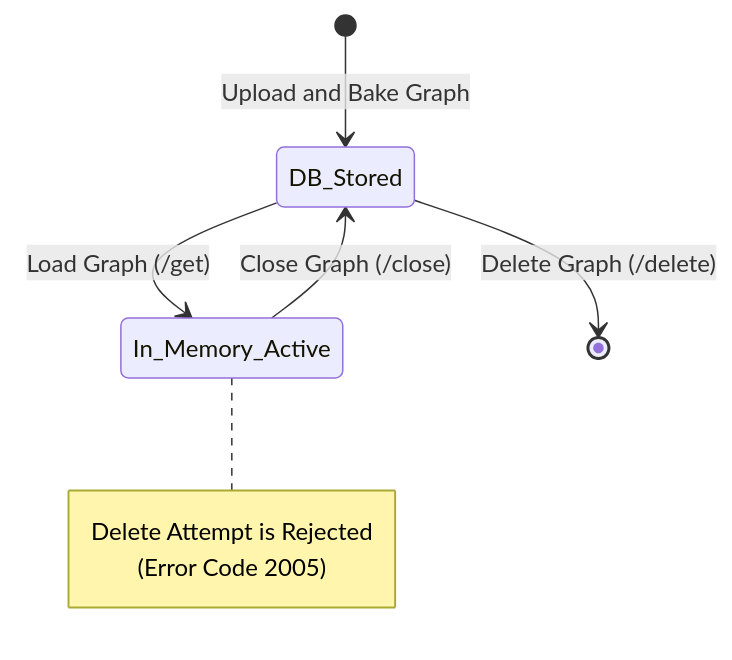
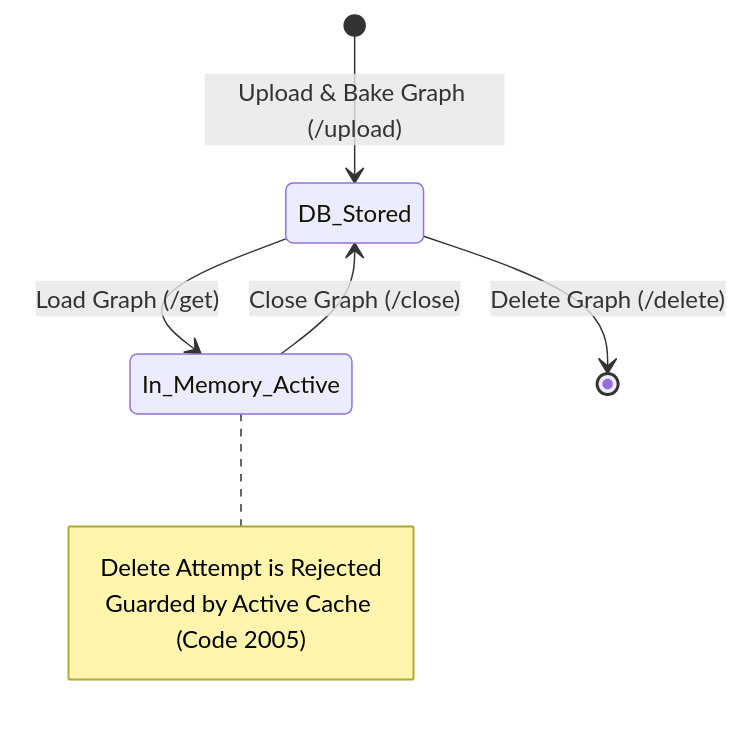
Before and after one commit to adityakumar565/Project-Nexus: the second of 2 diagrams in README.md, drawn with Mermaid. The commit also changed other lines of this file and 22 other files, not shown here.

Commit message:
Graph rendering logic update

````diff
--- a/README.md
+++ b/README.md
@@ -33,11 +102,12 @@
 ```mermaid
 stateDiagram-v2
-    [*] --> DB_Stored: Upload and Bake Graph
+    [*] --> DB_Stored: Upload & Bake Graph (/upload)
     DB_Stored --> In_Memory_Active: Load Graph (/get)
     In_Memory_Active --> DB_Stored: Close Graph (/close)
     DB_Stored --> [*]: Delete Graph (/delete)
+    
     note right of In_Memory_Active
         Delete Attempt is Rejected
-        (Error Code 2005)
+        Guarded by Active Cache (Code 2005)
     end note
 ```
````
